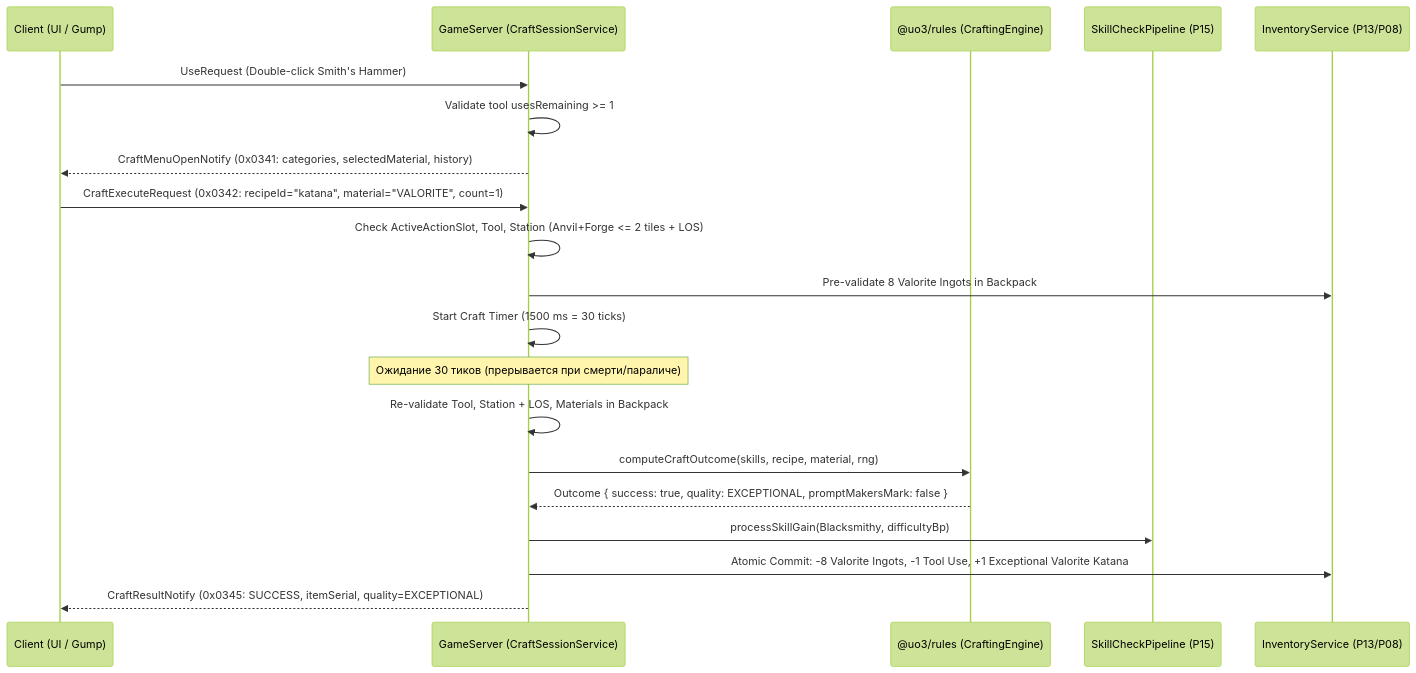
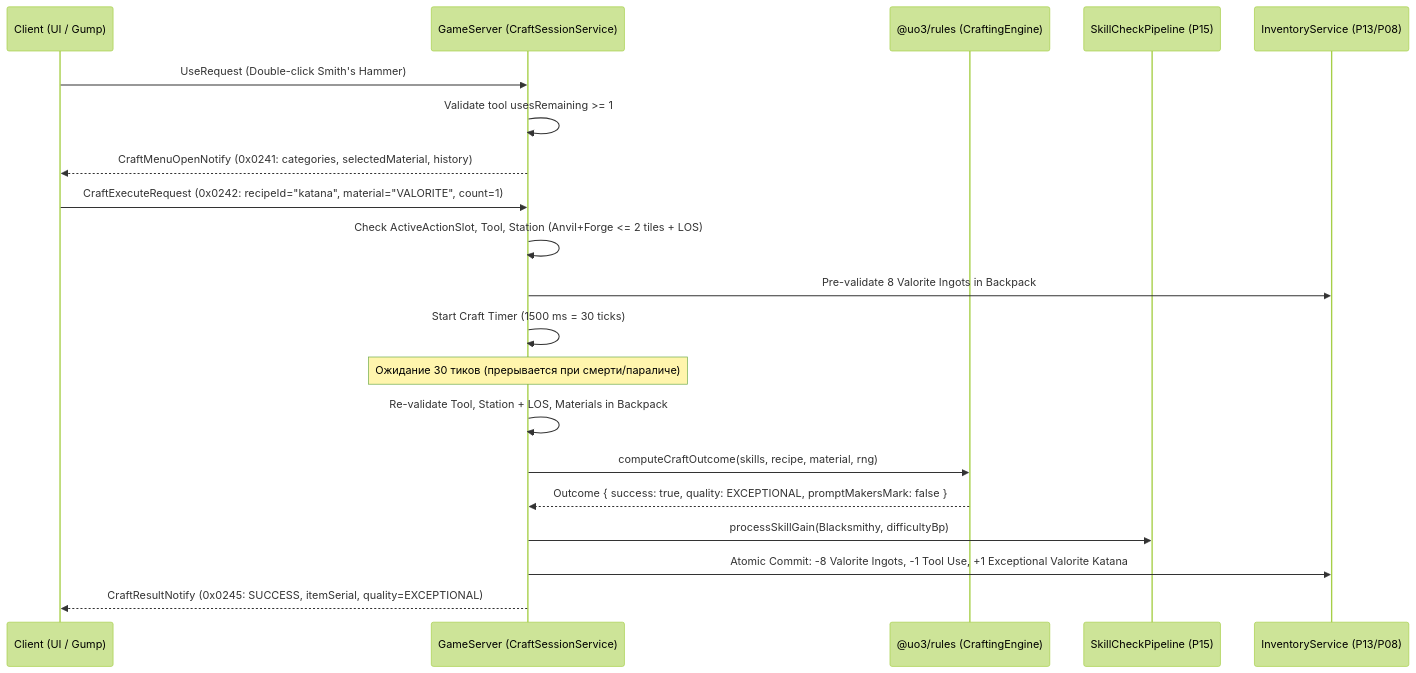
One commit to SergioAndreev/uo3 changed the second of 2 diagrams in openspec/changes/p20-gathering-and-crafting/design.md. Above: the diagram before and after it, drawn with Mermaid (forest theme). The commit also changed other lines of this file and 188 other files, not shown here.

````diff
--- a/openspec/changes/p20-gathering-and-crafting/design.md
+++ b/openspec/changes/p20-gathering-and-crafting/design.md
@@ -153,23 +153,23 @@
 ```mermaid
 sequenceDiagram
     participant C as Client (UI / Gump)
     participant GS as GameServer (CraftSessionService)
     participant R as @uo3/rules (CraftingEngine)
     participant P15 as SkillCheckPipeline (P15)
     participant Inv as InventoryService (P13/P08)
 
     C->>GS: UseRequest (Double-click Smith's Hammer)
     GS->>GS: Validate tool usesRemaining >= 1
-    GS-->>C: CraftMenuOpenNotify (0x0341: categories, selectedMaterial, history)
-    C->>GS: CraftExecuteRequest (0x0342: recipeId="katana", material="VALORITE", count=1)
+    GS-->>C: CraftMenuOpenNotify (0x0241: categories, selectedMaterial, history)
+    C->>GS: CraftExecuteRequest (0x0242: recipeId="katana", material="VALORITE", count=1)
     GS->>GS: Check ActiveActionSlot, Tool, Station (Anvil+Forge <= 2 tiles + LOS)
     GS->>Inv: Pre-validate 8 Valorite Ingots in Backpack
     GS->>GS: Start Craft Timer (1500 ms = 30 ticks)
     Note over GS: Ожидание 30 тиков (прерывается при смерти/параличе)
     GS->>GS: Re-validate Tool, Station + LOS, Materials in Backpack
     GS->>R: computeCraftOutcome(skills, recipe, material, rng)
     R-->>GS: Outcome { success: true, quality: EXCEPTIONAL, promptMakersMark: false }
     GS->>P15: processSkillGain(Blacksmithy, difficultyBp)
     GS->>Inv: Atomic Commit: -8 Valorite Ingots, -1 Tool Use, +1 Exceptional Valorite Katana
-    GS-->>C: CraftResultNotify (0x0345: SUCCESS, itemSerial, quality=EXCEPTIONAL)
+    GS-->>C: CraftResultNotify (0x0245: SUCCESS, itemSerial, quality=EXCEPTIONAL)
 ```
````
